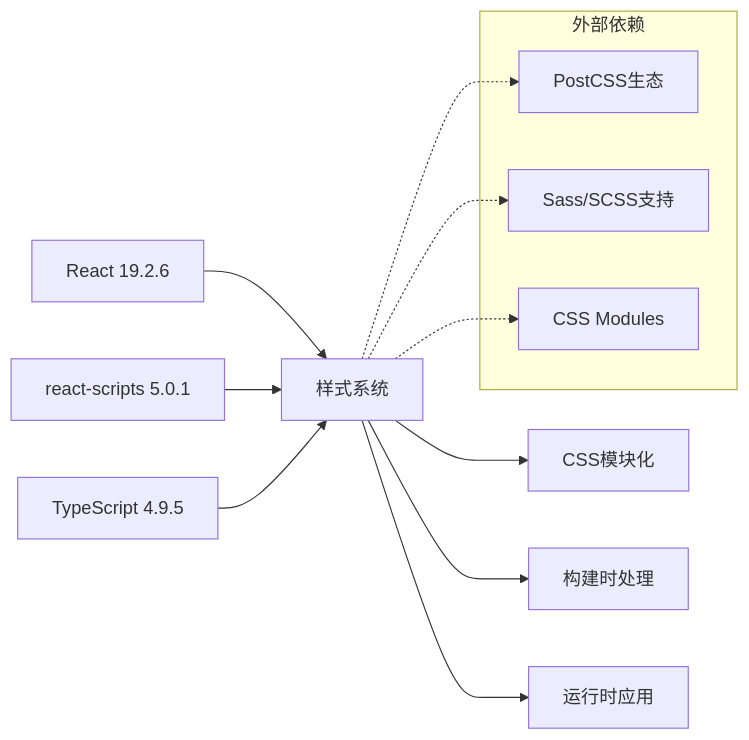
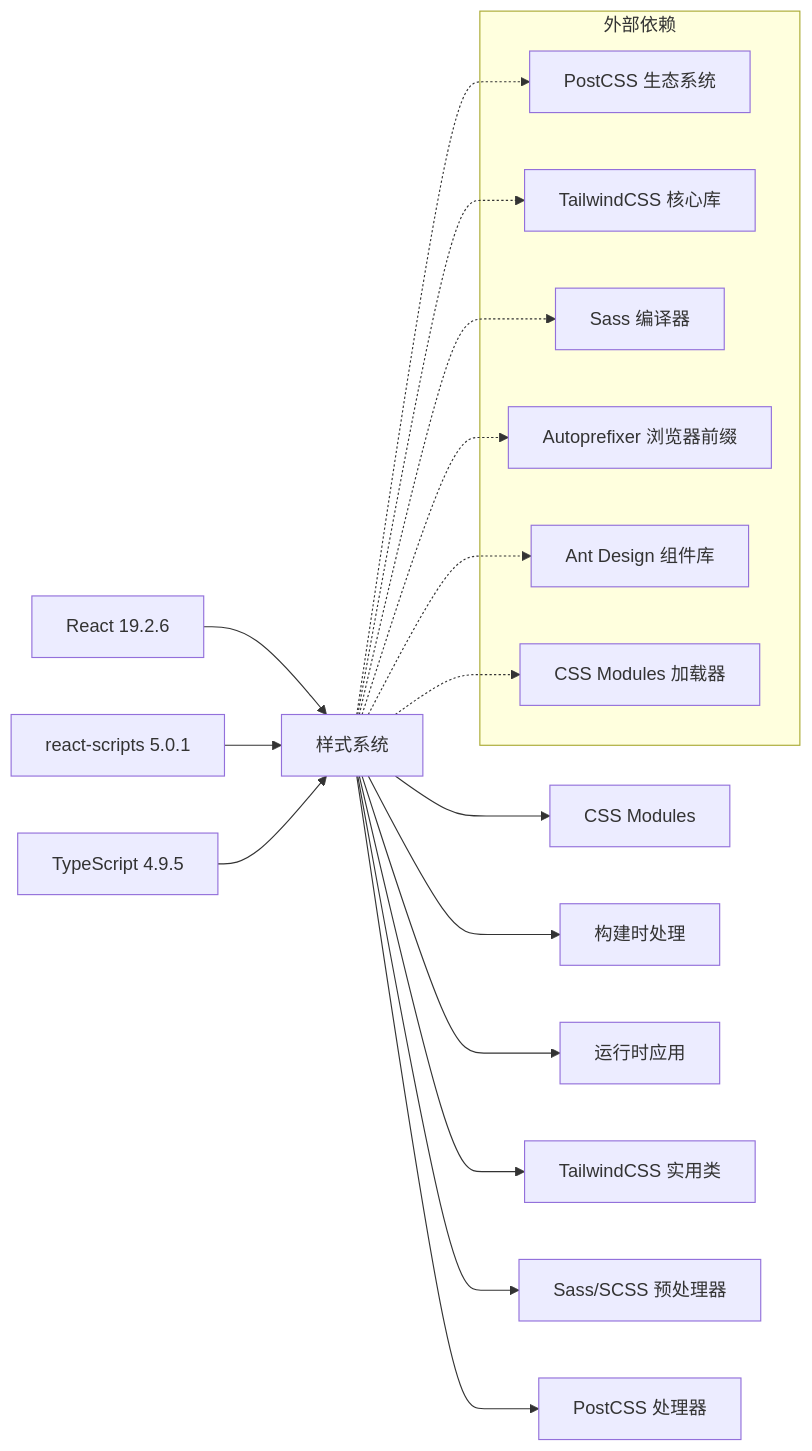
One commit to kkxxll/reactNext changed the seventh of 7 diagrams in .qoder/repowiki/zh/content/核心组件/样式系统.md. Above: the diagram before and after it, drawn with Mermaid. The commit also changed other lines of this file and 7 other files, not shown here.

````diff
--- a/.qoder/repowiki/zh/content/核心组件/样式系统.md
+++ b/.qoder/repowiki/zh/content/核心组件/样式系统.md
@@ -224,17 +422,26 @@
 ```mermaid
 graph LR
 A[React 19.2.6] --> B[样式系统]
 C[react-scripts 5.0.1] --> B
 D[TypeScript 4.9.5] --> B
-B --> E[CSS模块化]
+B --> E[CSS Modules]
 B --> F[构建时处理]
 B --> G[运行时应用]
+B --> H[TailwindCSS 实用类]
+B --> I[Sass/SCSS 预处理器]
+B --> J[PostCSS 处理器]
 subgraph "外部依赖"
-H[PostCSS生态]
-I[Sass/SCSS支持]
-J[CSS Modules]
+K[PostCSS 生态系统]
+L[TailwindCSS 核心库]
+M[Sass 编译器]
+N[Autoprefixer 浏览器前缀]
+O[Ant Design 组件库]
+P[CSS Modules 加载器]
 end
-B -.-> H
-B -.-> I
-B -.-> J
+B -.-> K
+B -.-> L
+B -.-> M
+B -.-> N
+B -.-> O
+B -.-> P
 ```
````
